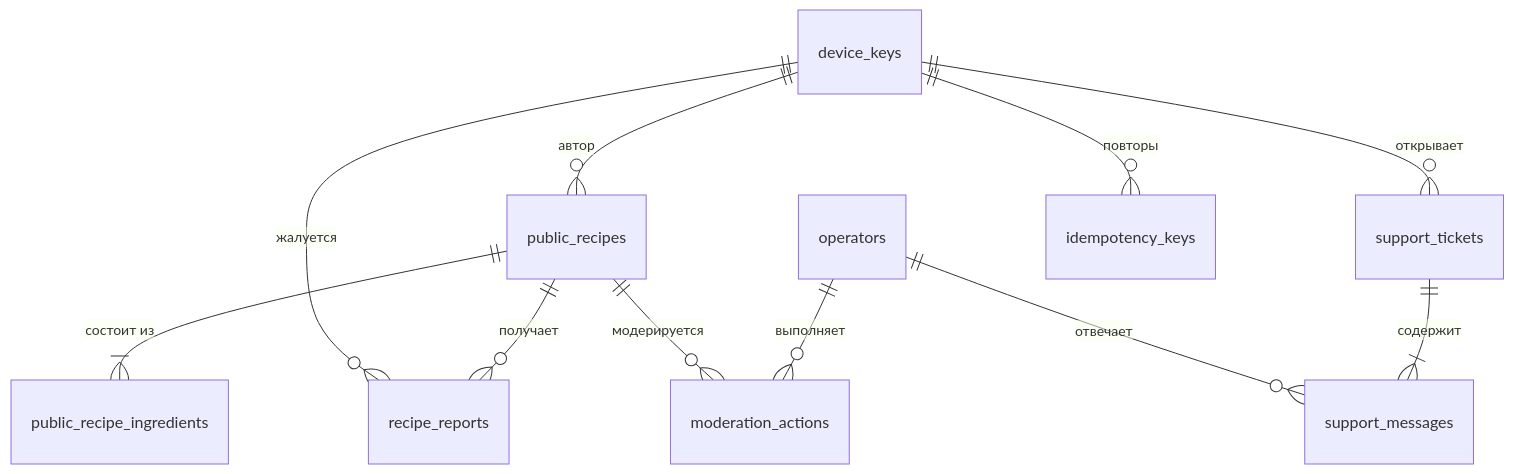
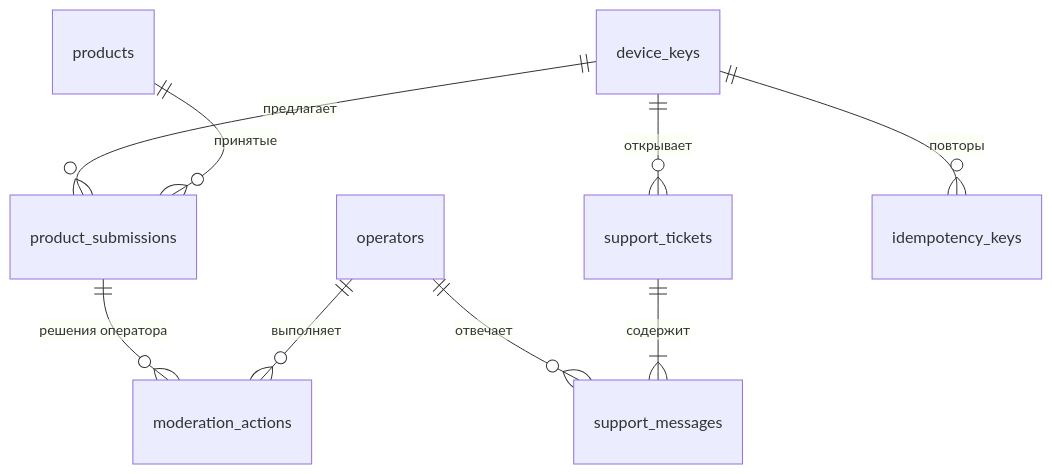
Before and after one commit to AlexGdove/MILO: the diagram in docs/backend/database.md, drawn with Mermaid. The commit also changed other lines of this file and 42 other files, not shown here.

````diff
--- a/docs/backend/database.md
+++ b/docs/backend/database.md
@@ -15,13 +15,11 @@
 ```mermaid
 erDiagram
-  device_keys ||--o{ public_recipes : "автор"
-  device_keys ||--o{ recipe_reports : "жалуется"
+  device_keys ||--o{ product_submissions : "предлагает"
   device_keys ||--o{ support_tickets : "открывает"
-  public_recipes ||--|{ public_recipe_ingredients : "состоит из"
-  public_recipes ||--o{ recipe_reports : "получает"
-  public_recipes ||--o{ moderation_actions : "модерируется"
+  products ||--o{ product_submissions : "принятые"
+  product_submissions ||--o{ moderation_actions : "решения оператора"
   operators ||--o{ moderation_actions : "выполняет"
   operators ||--o{ support_messages : "отвечает"
   support_tickets ||--|{ support_messages : "содержит"
   device_keys ||--o{ idempotency_keys : "повторы"
 ```
````
